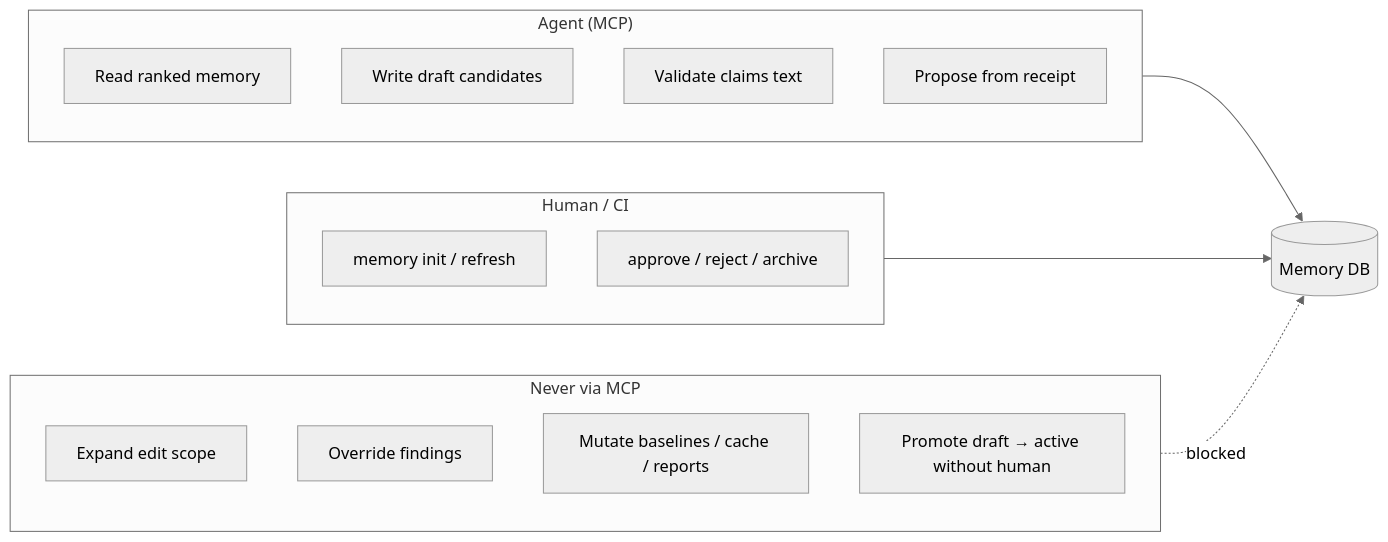
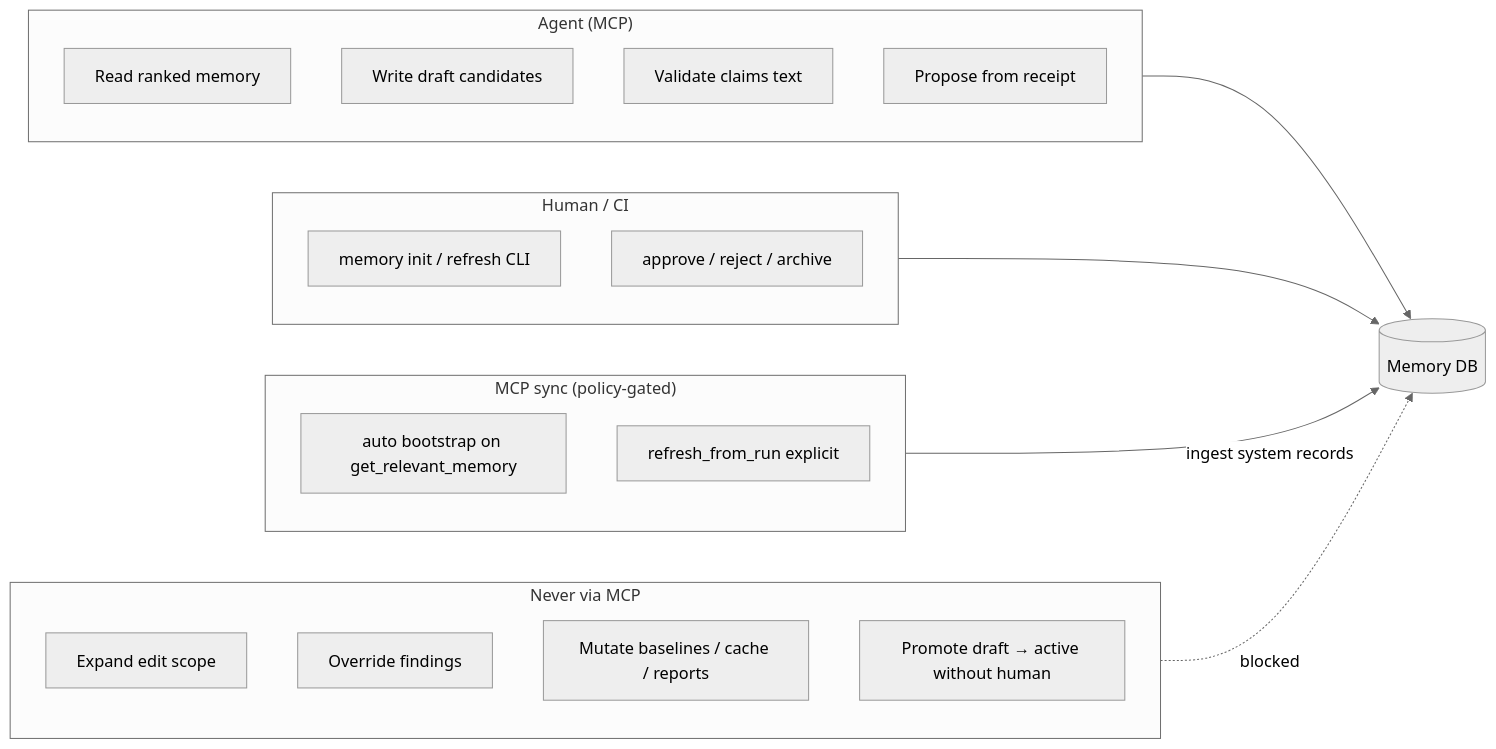
One commit to orenlab/codeclone changed the second of 8 diagrams in docs/book/26-engineering-memory.md. Above: the diagram before and after it, drawn with Mermaid (neutral theme). The commit also changed other lines of this file and 51 other files, not shown here.

First line of the commit message:
feat(memory,mcp): MCP memory sync and retrieval governance polish

````diff
--- a/docs/book/26-engineering-memory.md
+++ b/docs/book/26-engineering-memory.md
@@ -99,25 +100,31 @@
 ```mermaid
 flowchart LR
     subgraph AgentCan["Agent (MCP)"]
         R[Read ranked memory]
         D[Write draft candidates]
         V[Validate claims text]
         P[Propose from receipt]
     end
 
     subgraph HumanCI["Human / CI"]
-        I[memory init / refresh]
+        I[memory init / refresh CLI]
         A[approve / reject / archive]
+    end
+
+    subgraph McpSync["MCP sync (policy-gated)"]
+        B[auto bootstrap on get_relevant_memory]
+        RF[refresh_from_run explicit]
     end
 
 subgraph Never["Never via MCP"]
 X1[Expand edit scope]
 X2[Override findings]
 X3[Mutate baselines / cache / reports]
 X4[Promote draft → active without human]
 end
 
 AgentCan --> Store[(Memory DB)]
 HumanCI --> Store
+McpSync -->|ingest system records| Store
 Never -.->|blocked|Store
 ```
````
